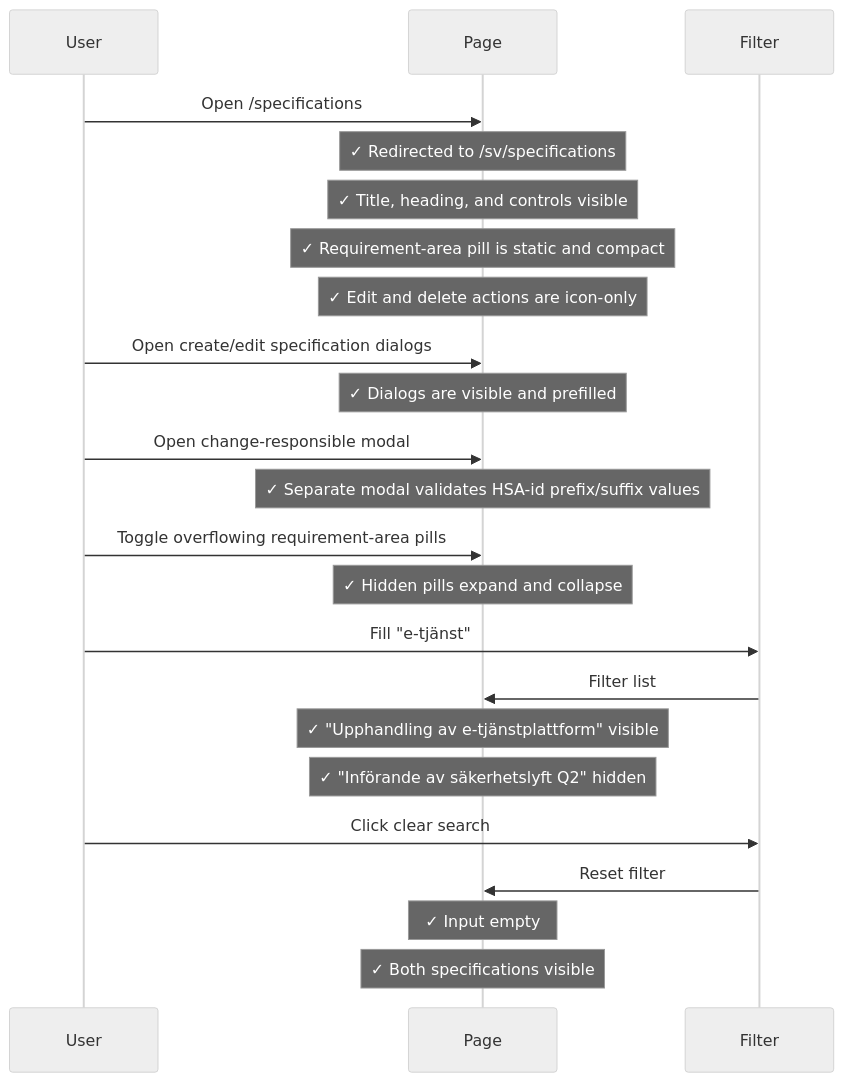
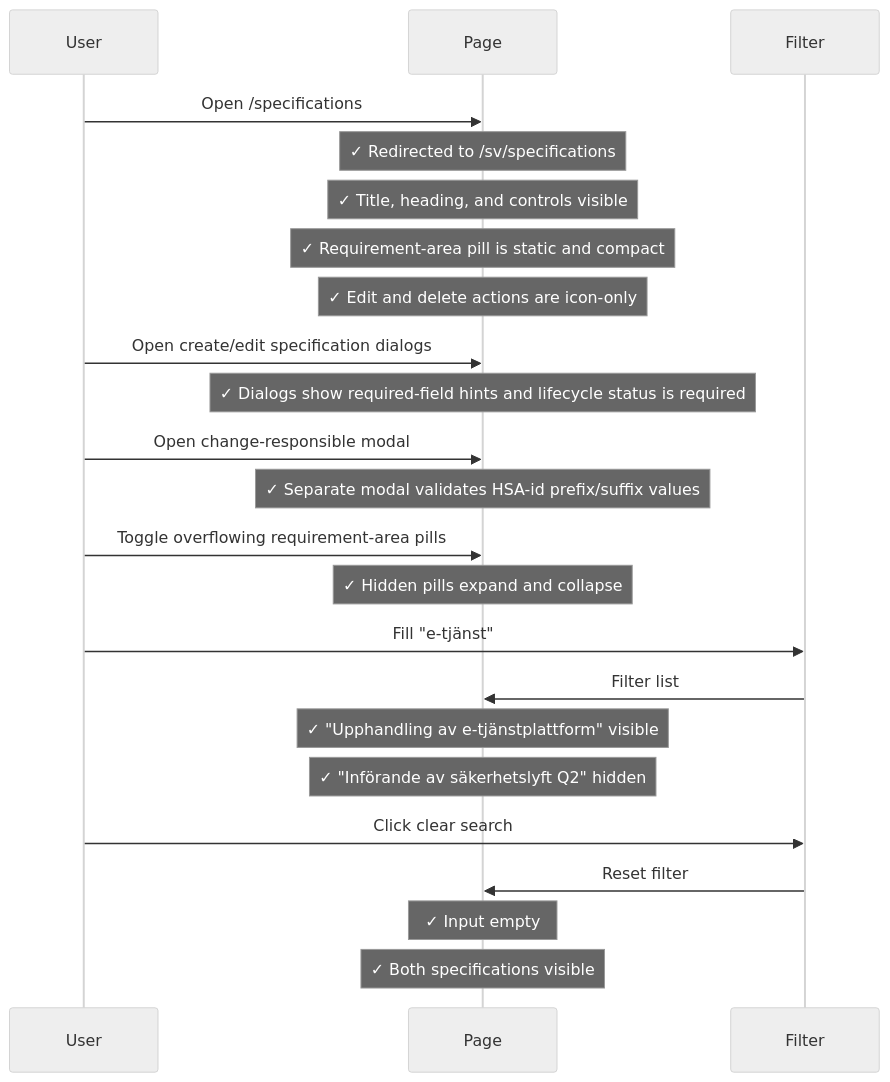
Before and after one commit to viscalyx/Kravhantering: the second of 3 diagrams in tests/integration/specifications-list.md, drawn with Mermaid (neutral theme). The commit also changed other lines of this file and 247 other files, not shown here.

````diff
--- a/tests/integration/specifications-list.md
+++ b/tests/integration/specifications-list.md
@@ -86,26 +92,26 @@
 ```mermaid
 sequenceDiagram
     participant U as User
     participant P as Page
     participant F as Filter
 
     U->>P: Open /specifications
     Note over P: ✓ Redirected to /sv/specifications
     Note over P: ✓ Title, heading, and controls visible
     Note over P: ✓ Requirement-area pill is static and compact
     Note over P: ✓ Edit and delete actions are icon-only
     U->>P: Open create/edit specification dialogs
-    Note over P: ✓ Dialogs are visible and prefilled
+    Note over P: ✓ Dialogs show required-field hints and lifecycle status is required
     U->>P: Open change-responsible modal
     Note over P: ✓ Separate modal validates HSA-id prefix/suffix values
     U->>P: Toggle overflowing requirement-area pills
     Note over P: ✓ Hidden pills expand and collapse
     U->>F: Fill "e-tjänst"
     F->>P: Filter list
     Note over P: ✓ "Upphandling av e-tjänstplattform" visible
     Note over P: ✓ "Införande av säkerhetslyft Q2" hidden
     U->>F: Click clear search
     F->>P: Reset filter
     Note over P: ✓ Input empty
     Note over P: ✓ Both specifications visible
 ```
````
